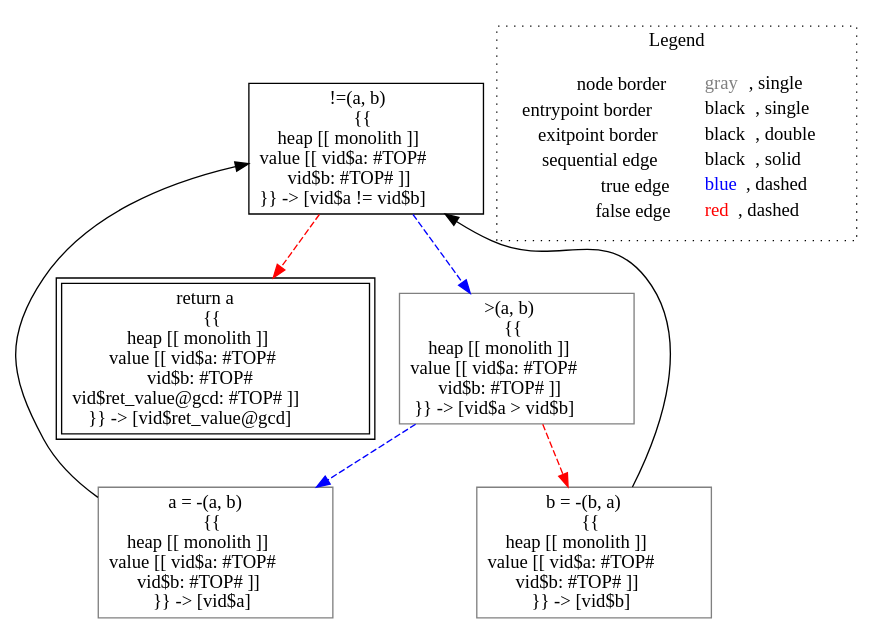
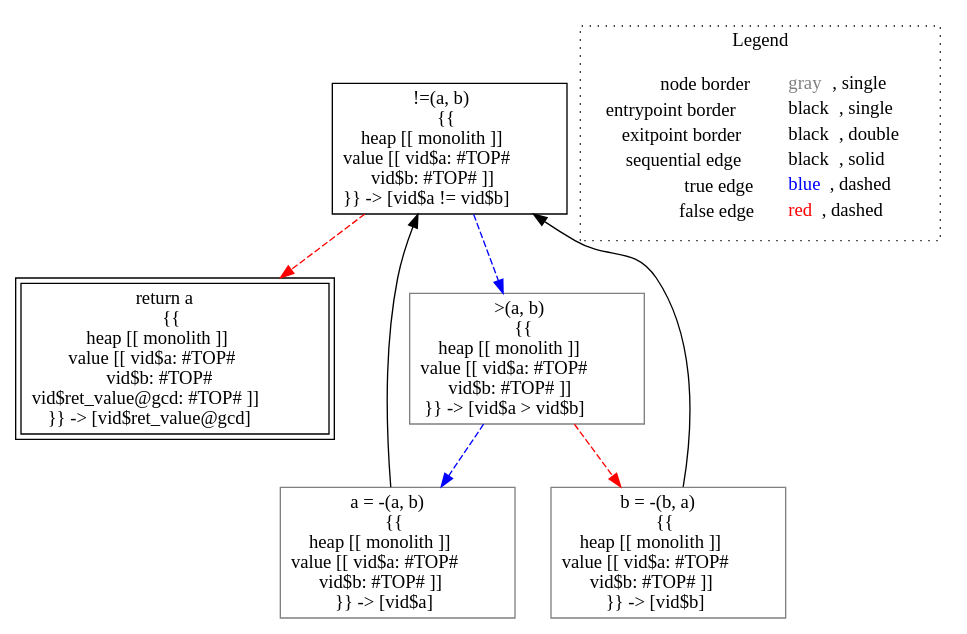
Before and after one commit to lisa-analyzer/lisa: the diagram in lisa/imp-testcases/parity/analysis___untyped_tutorial.gcd(untyped_a,_untyped_b).dot, drawn with Graphviz. The commit also changed 30 other files, not shown here.

```diff
--- a/lisa/imp-testcases/parity/analysis___untyped_tutorial.gcd(untyped_a,_untyped_b).dot
+++ b/lisa/imp-testcases/parity/analysis___untyped_tutorial.gcd(untyped_a,_untyped_b).dot
@@ -1,20 +1,20 @@
 digraph {
 	"node0" [shape="rect",color="black",label=<!=(a, b)<BR/>{{<BR/>heap [[ monolith ]]<BR/>value [[ vid$a: #TOP#<BR/>vid$b: #TOP# ]]<BR/>}} -&gt; [vid$a != vid$b]>];
 	"node1" [shape="rect",color="gray",label=<a = -(a, b)<BR/>{{<BR/>heap [[ monolith ]]<BR/>value [[ vid$a: #TOP#<BR/>vid$b: #TOP# ]]<BR/>}} -&gt; [vid$a]>];
-	"node2" [shape="rect",color="gray",label=<&gt;(a, b)<BR/>{{<BR/>heap [[ monolith ]]<BR/>value [[ vid$a: #TOP#<BR/>vid$b: #TOP# ]]<BR/>}} -&gt; [vid$a &gt; vid$b]>];
-	"node3" [shape="rect",color="black",peripheries="2",label=<return a<BR/>{{<BR/>heap [[ monolith ]]<BR/>value [[ vid$a: #TOP#<BR/>vid$b: #TOP#<BR/>vid$ret_value@gcd: #TOP# ]]<BR/>}} -&gt; [vid$ret_value@gcd]>];
+	"node2" [shape="rect",color="black",peripheries="2",label=<return a<BR/>{{<BR/>heap [[ monolith ]]<BR/>value [[ vid$a: #TOP#<BR/>vid$b: #TOP#<BR/>vid$ret_value@gcd: #TOP# ]]<BR/>}} -&gt; [vid$ret_value@gcd]>];
+	"node3" [shape="rect",color="gray",label=<&gt;(a, b)<BR/>{{<BR/>heap [[ monolith ]]<BR/>value [[ vid$a: #TOP#<BR/>vid$b: #TOP# ]]<BR/>}} -&gt; [vid$a &gt; vid$b]>];
 	"node4" [shape="rect",color="gray",label=<b = -(b, a)<BR/>{{<BR/>heap [[ monolith ]]<BR/>value [[ vid$a: #TOP#<BR/>vid$b: #TOP# ]]<BR/>}} -&gt; [vid$b]>];
 	"node1" -> "node0" [color="black"];
-	"node0" -> "node2" [color="blue",style="dashed"];
-	"node0" -> "node3" [color="red",style="dashed"];
-	"node2" -> "node1" [color="blue",style="dashed"];
-	"node2" -> "node4" [color="red",style="dashed"];
+	"node0" -> "node2" [color="red",style="dashed"];
+	"node0" -> "node3" [color="blue",style="dashed"];
+	"node3" -> "node1" [color="blue",style="dashed"];
+	"node3" -> "node4" [color="red",style="dashed"];
 	"node4" -> "node0" [color="black"];
 subgraph cluster_legend {
 	label="Legend";
 	style=dotted;
 	node [shape=plaintext];
 	"legend" [label=<<table border="0" cellpadding="2" cellspacing="0" cellborder="0"><tr><td align="right">node border&nbsp;</td><td align="left"><font color="gray">gray</font>, single</td></tr><tr><td align="right">entrypoint border&nbsp;</td><td align="left"><font color="black">black</font>, single</td></tr><tr><td align="right">exitpoint border&nbsp;</td><td align="left"><font color="black">black</font>, double</td></tr><tr><td align="right">sequential edge&nbsp;</td><td align="left"><font color="black">black</font>, solid</td></tr><tr><td align="right">true edge&nbsp;</td><td align="left"><font color="blue">blue</font>, dashed</td></tr><tr><td align="right">false edge&nbsp;</td><td align="left"><font color="red">red</font>, dashed</td></tr></table>>];
 }
 
 }
```
